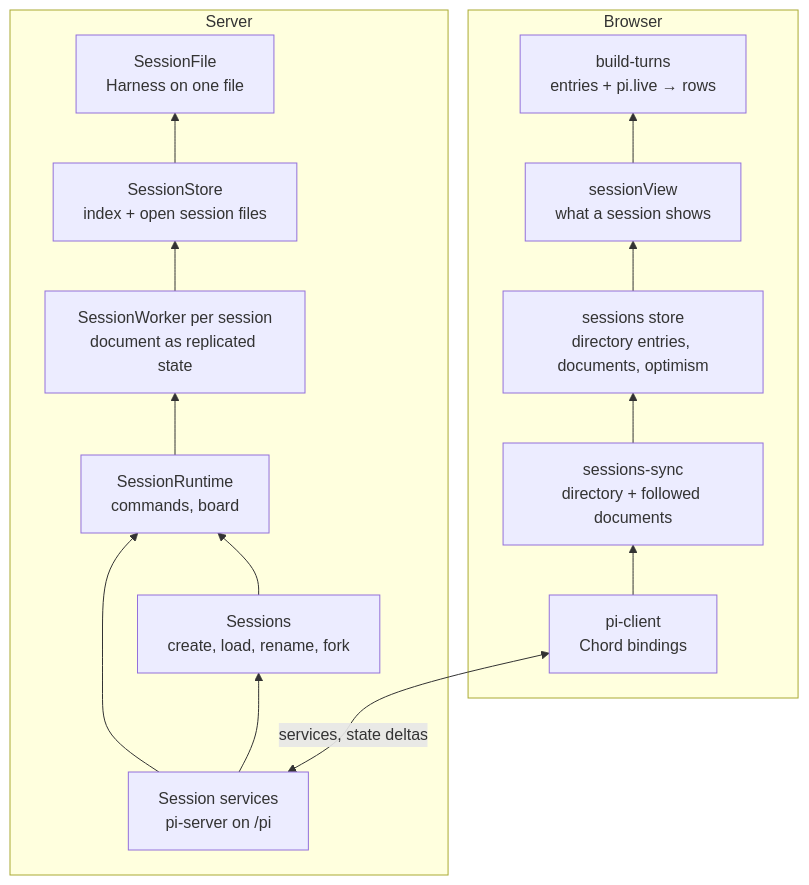
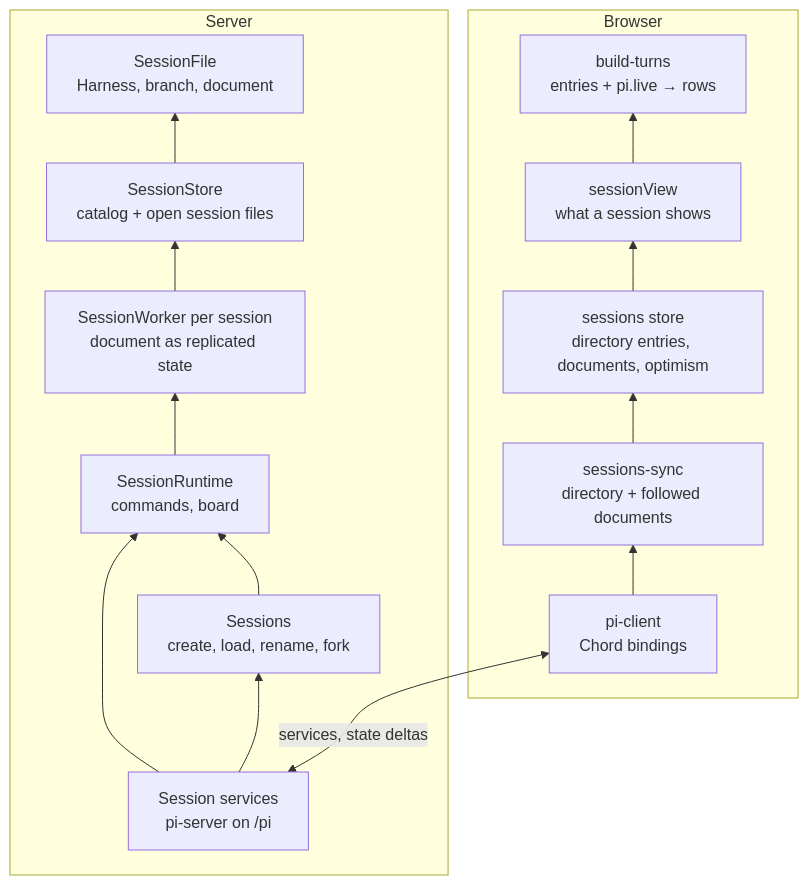
Before and after one commit to mattiacerutti/supernova: the diagram in docs/internal/session-runtime.md, drawn with Mermaid. The commit also changed other lines of this file and 12 other files, not shown here.

Commit message:
refactor(agent-runtime): give session worker, file, and store focused public APIs

````diff
--- a/docs/internal/session-runtime.md
+++ b/docs/internal/session-runtime.md
@@ -40,32 +40,32 @@
 ```mermaid
 flowchart BT
     subgraph server[Server]
         edge["Session services<br/>pi-server on /pi"]
         sessions["Sessions<br/>create, load, rename, fork"]
         runtimeService["SessionRuntime<br/>commands, board"]
         worker["SessionWorker per session<br/>document as replicated state"]
-        store["SessionStore<br/>index + open session files"]
-        file["SessionFile<br/>Harness on one file"]
+        store["SessionStore<br/>catalog + open session files"]
+        file["SessionFile<br/>Harness, branch, document"]
 
         edge --> sessions
         edge --> runtimeService
         sessions --> runtimeService
         runtimeService --> worker
         worker --> store
         store --> file
     end
 
     subgraph browser[Browser]
         client["pi-client<br/>Chord bindings"]
         sync["sessions-sync<br/>directory + followed documents"]
         sessionsStore["sessions store<br/>directory entries, documents, optimism"]
         view["sessionView<br/>what a session shows"]
         timeline["build-turns<br/>entries + pi.live → rows"]
     end
 
     edge <-->|services, state deltas| client
     client --> sync
     sync --> sessionsStore
     sessionsStore --> view
     view --> timeline
 ```
````
